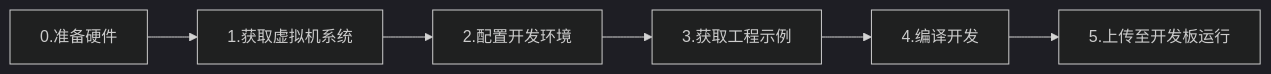
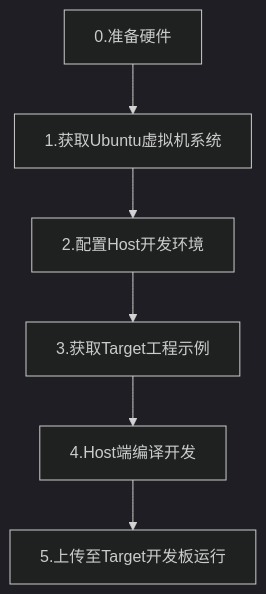
One commit to 100askTeam/LinuxCodeLibrary changed the diagram in docs/index.md. Above: the diagram before and after it, drawn with Mermaid (dark theme). The commit also changed other lines of this file and 13 other files, not shown here.

````diff
--- a/docs/index.md
+++ b/docs/index.md
@@ -29,4 +39,4 @@
 ``` mermaid
-graph LR
-A[0.准备硬件]-->B[1.获取虚拟机系统]-->2.配置开发环境-->3.获取工程示例-->4.编译开发-->5.上传至开发板运行
+graph TD
+A[0.准备硬件]-->B[1.获取Ubuntu虚拟机系统]-->2.配置Host开发环境-->3.获取Target工程示例-->4.Host端编译开发-->5.上传至Target开发板运行
 ```
````
